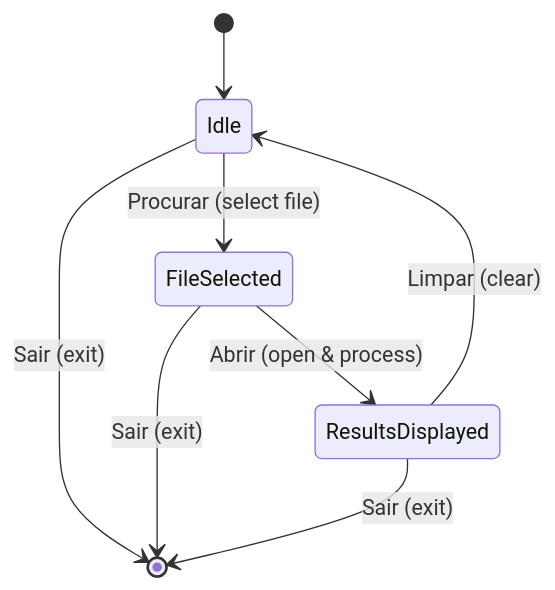
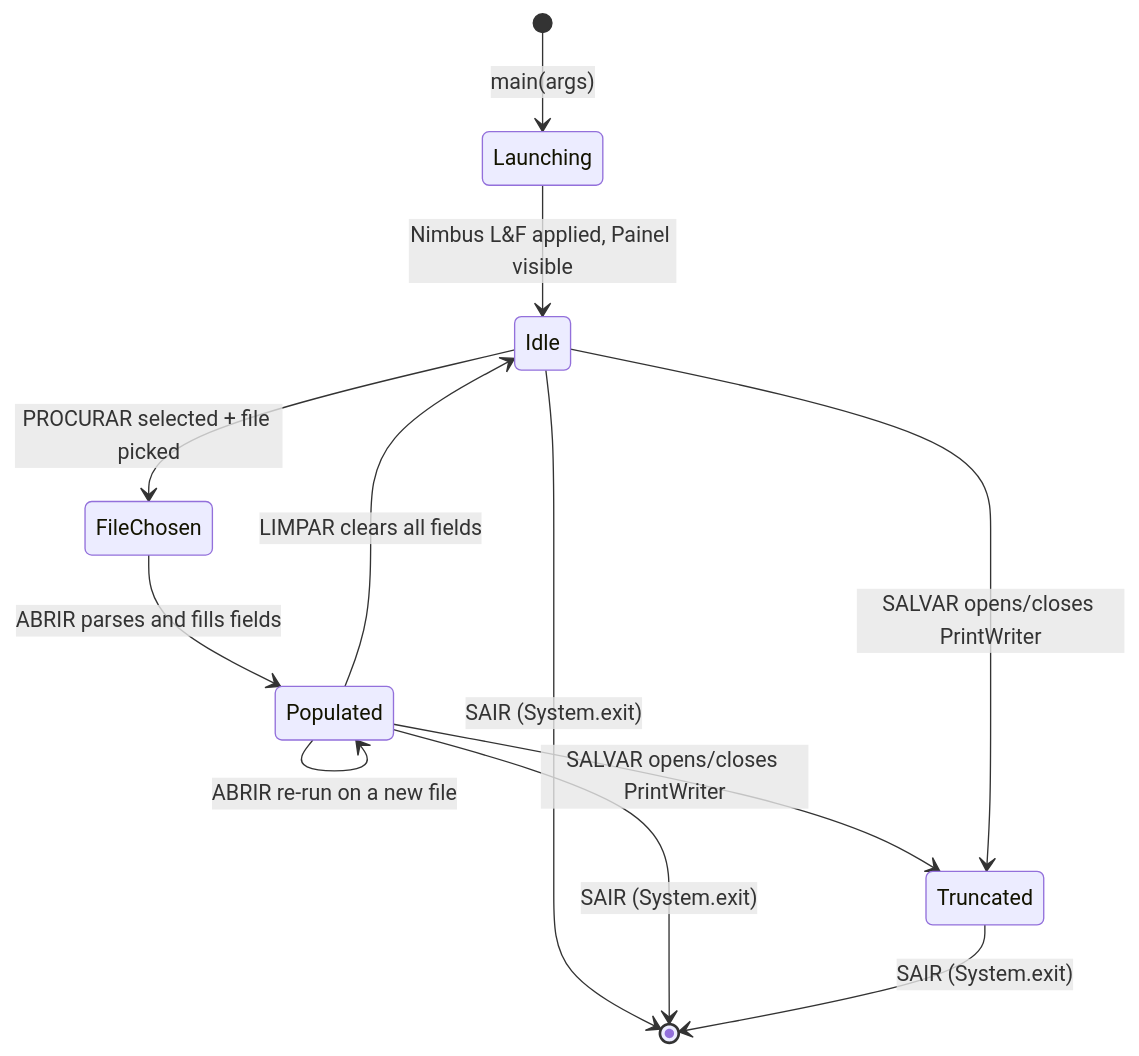
The seventh of 9 diagrams in README.md (VictorHJSantiago/leitor_de_arquivo_csv), drawn with Mermaid before and after one commit. The commit also changed other lines of this file and 2 other files, not shown here.

````diff
--- a/README.md
+++ b/README.md
@@ -365,10 +652,14 @@
 ```mermaid
 stateDiagram-v2
-    [*] --> Idle
-    Idle --> FileSelected : Procurar (select file)
-    FileSelected --> ResultsDisplayed : Abrir (open & process)
-    ResultsDisplayed --> Idle : Limpar (clear)
-    Idle --> [*] : Sair (exit)
-    FileSelected --> [*] : Sair (exit)
-    ResultsDisplayed --> [*] : Sair (exit)
+    [*] --> Launching: main(args)
+    Launching --> Idle: Nimbus L&F applied, Painel visible
+    Idle --> FileChosen: PROCURAR selected + file picked
+    FileChosen --> Populated: ABRIR parses and fills fields
+    Populated --> Idle: LIMPAR clears all fields
+    Populated --> Populated: ABRIR re-run on a new file
+    Populated --> Truncated: SALVAR opens/closes PrintWriter
+    Idle --> Truncated: SALVAR opens/closes PrintWriter
+    Idle --> [*]: SAIR (System.exit)
+    Populated --> [*]: SAIR (System.exit)
+    Truncated --> [*]: SAIR (System.exit)
 ```
````
